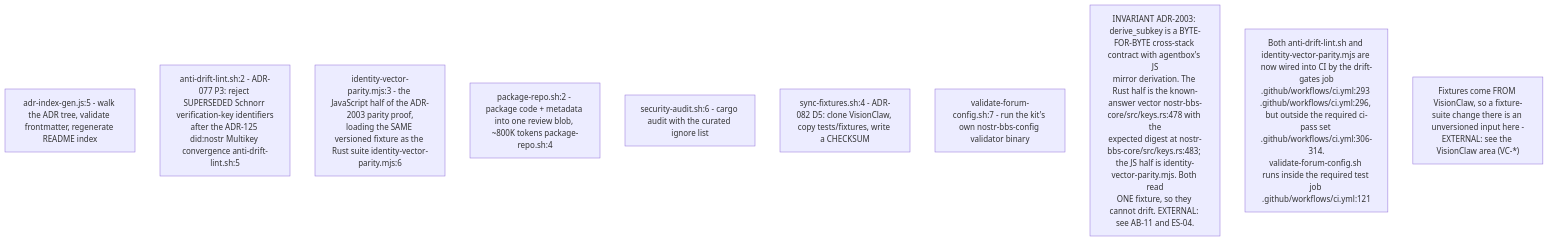
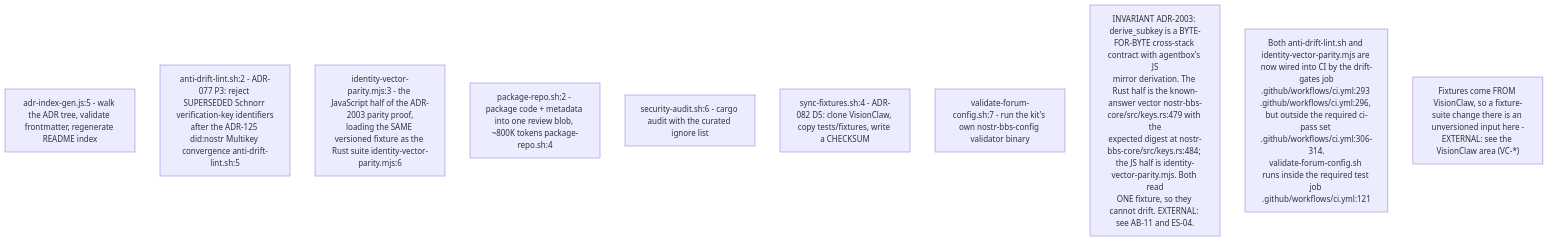
Before and after one commit to DreamLab-AI/VisionFlow: the third of 9 diagrams in docs/diagrams/nostr-rust-forum/09-ci-deploy-canary-and-validation.md, drawn with Mermaid. The commit also changed other lines of this file and 151 other files, not shown here.

````diff
--- a/docs/diagrams/nostr-rust-forum/09-ci-deploy-canary-and-validation.md
+++ b/docs/diagrams/nostr-rust-forum/09-ci-deploy-canary-and-validation.md
@@ -98,14 +98,14 @@
 ```mermaid
 flowchart TB
     ADR["adr-index-gen.js:5 - walk the ADR tree, validate frontmatter, regenerate README index"]
     DRIFT["anti-drift-lint.sh:2 - ADR-077 P3: reject SUPERSEDED Schnorr verification-key identifiers<br/>after the ADR-125 did:nostr Multikey convergence anti-drift-lint.sh:5"]
     PARITY["identity-vector-parity.mjs:3 - the JavaScript half of the ADR-2003 parity proof,<br/>loading the SAME versioned fixture as the Rust suite identity-vector-parity.mjs:6"]
     PKG["package-repo.sh:2 - package code + metadata into one review blob, ~800K tokens package-repo.sh:4"]
     SEC["security-audit.sh:6 - cargo audit with the curated ignore list"]
     SYNC["sync-fixtures.sh:4 - ADR-082 D5: clone VisionClaw, copy tests/fixtures, write a CHECKSUM"]
     VAL["validate-forum-config.sh:7 - run the kit's own nostr-bbs-config validator binary"]
 
-    N1["INVARIANT ADR-2003: derive_subkey is a BYTE-FOR-BYTE cross-stack contract with agentbox's JS<br/>mirror derivation. The Rust half is the known-answer vector nostr-bbs-core/src/keys.rs:478 with the<br/>expected digest at nostr-bbs-core/src/keys.rs:483; the JS half is identity-vector-parity.mjs. Both read<br/>ONE fixture, so they cannot drift. EXTERNAL: see AB-11 and ES-04."]
+    N1["INVARIANT ADR-2003: derive_subkey is a BYTE-FOR-BYTE cross-stack contract with agentbox's JS<br/>mirror derivation. The Rust half is the known-answer vector nostr-bbs-core/src/keys.rs:479 with the<br/>expected digest at nostr-bbs-core/src/keys.rs:484; the JS half is identity-vector-parity.mjs. Both read<br/>ONE fixture, so they cannot drift. EXTERNAL: see AB-11 and ES-04."]
     N2["Both anti-drift-lint.sh and identity-vector-parity.mjs are now wired into CI by the drift-gates job<br/>.github/workflows/ci.yml:293 .github/workflows/ci.yml:296, but outside the required ci-pass set .github/workflows/ci.yml:306-314.<br/>validate-forum-config.sh runs inside the required test job .github/workflows/ci.yml:121"]
     N3["Fixtures come FROM VisionClaw, so a fixture-suite change there is an unversioned input here -<br/>EXTERNAL: see the VisionClaw area (VC-*)"]
 ```
````
